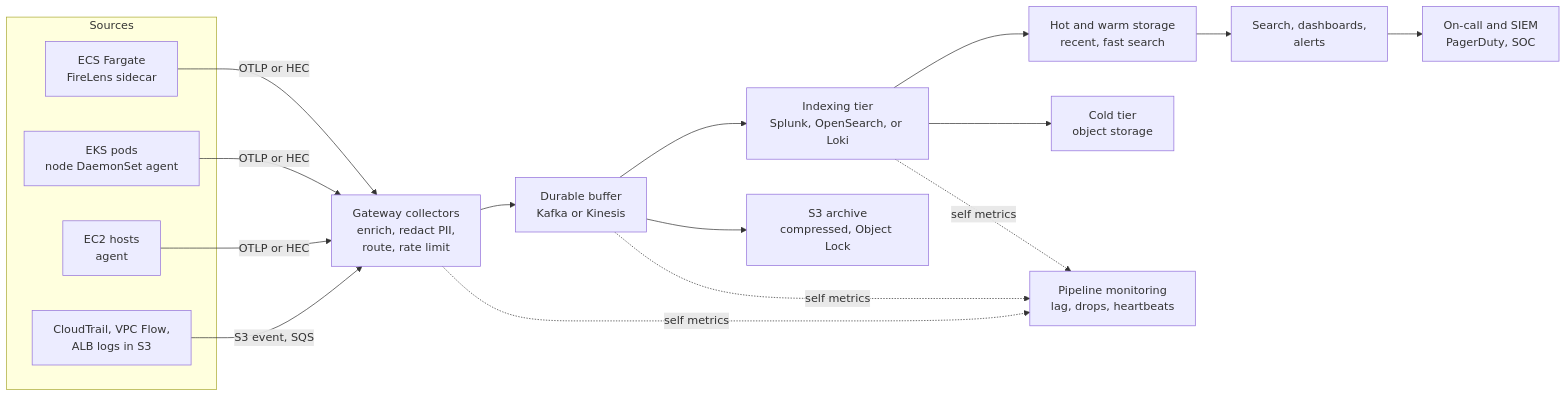
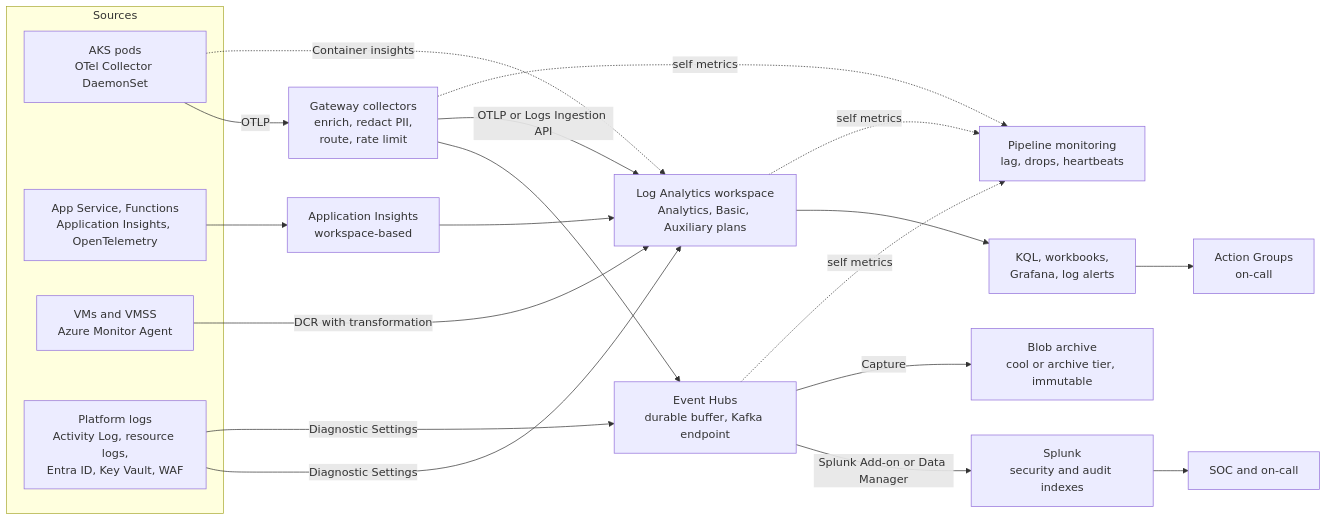
The diagram in system-design/04-centralized-logging-platform.md (SivaKumarMahan/interview-questions), drawn with Mermaid before and after one commit. The commit also changed other lines of this file and 5 other files, not shown here.

````diff
--- a/system-design/04-centralized-logging-platform.md
+++ b/system-design/04-centralized-logging-platform.md
@@ -35,19 +35,23 @@
 ```mermaid
 flowchart LR
     subgraph SRC["Sources"]
-        ECS["ECS Fargate<br/>FireLens sidecar"]
-        EKS["EKS pods<br/>node DaemonSet agent"]
-        EC2["EC2 hosts<br/>agent"]
-        AWS["CloudTrail, VPC Flow,<br/>ALB logs in S3"]
+        AKS["AKS pods<br/>OTel Collector DaemonSet"]
+        APP["App Service, Functions<br/>Application Insights, OpenTelemetry"]
+        VM["VMs and VMSS<br/>Azure Monitor Agent"]
+        PLAT["Platform logs<br/>Activity Log, resource logs,<br/>Entra ID, Key Vault, WAF"]
     end
-    ECS & EKS & EC2 -->|"OTLP or HEC"| GW["Gateway collectors<br/>enrich, redact PII,<br/>route, rate limit"]
-    AWS -->|"S3 event, SQS"| GW
-    GW --> BUF["Durable buffer<br/>Kafka or Kinesis"]
-    BUF --> IDX["Indexing tier<br/>Splunk, OpenSearch, or Loki"]
-    BUF --> ARCH["S3 archive<br/>compressed, Object Lock"]
-    IDX --> HOT["Hot and warm storage<br/>recent, fast search"]
-    IDX --> COLD["Cold tier<br/>object storage"]
-    HOT --> UI["Search, dashboards,<br/>alerts"]
-    UI --> ONC["On-call and SIEM<br/>PagerDuty, SOC"]
-    GW & BUF & IDX -.->|"self metrics"| MON["Pipeline monitoring<br/>lag, drops, heartbeats"]
+    AKS -->|"OTLP"| GW["Gateway collectors<br/>enrich, redact PII,<br/>route, rate limit"]
+    AKS -.->|"Container insights"| LAW
+    VM -->|"DCR with transformation"| LAW
+    APP --> AI["Application Insights<br/>workspace-based"] --> LAW
+    PLAT -->|"Diagnostic Settings"| LAW["Log Analytics workspace<br/>Analytics, Basic, Auxiliary plans"]
+    PLAT -->|"Diagnostic Settings"| EH
+    GW --> EH["Event Hubs<br/>durable buffer, Kafka endpoint"]
+    GW -->|"OTLP or Logs Ingestion API"| LAW
+    EH -->|"Splunk Add-on or Data Manager"| SPL["Splunk<br/>security and audit indexes"]
+    EH -->|"Capture"| ARCH["Blob archive<br/>cool or archive tier, immutable"]
+    LAW --> UI["KQL, workbooks,<br/>Grafana, log alerts"]
+    UI --> ONC["Action Groups<br/>on-call"]
+    SPL --> SOC["SOC and on-call"]
+    GW & EH & LAW -.->|"self metrics"| MON["Pipeline monitoring<br/>lag, drops, heartbeats"]
 ```
````
